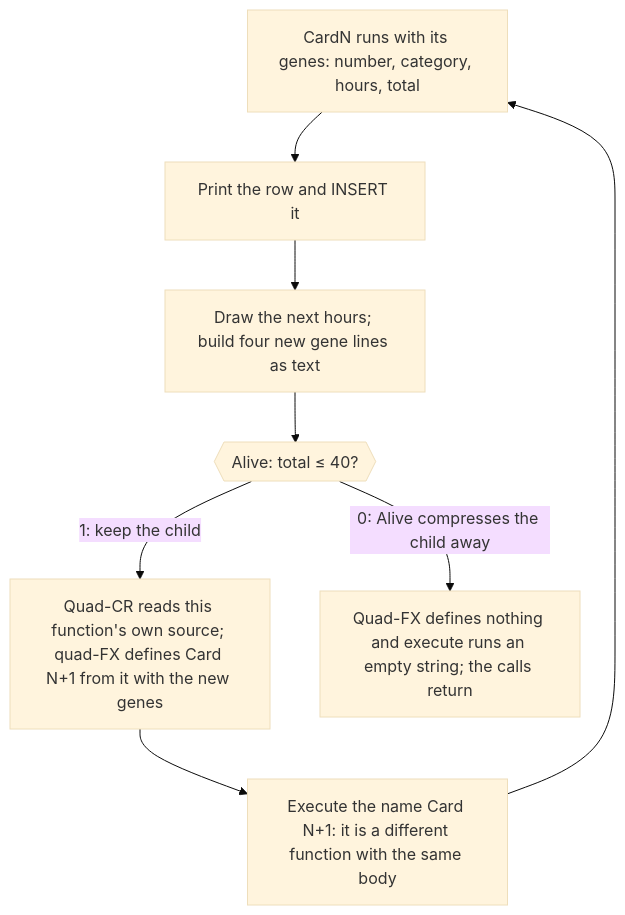
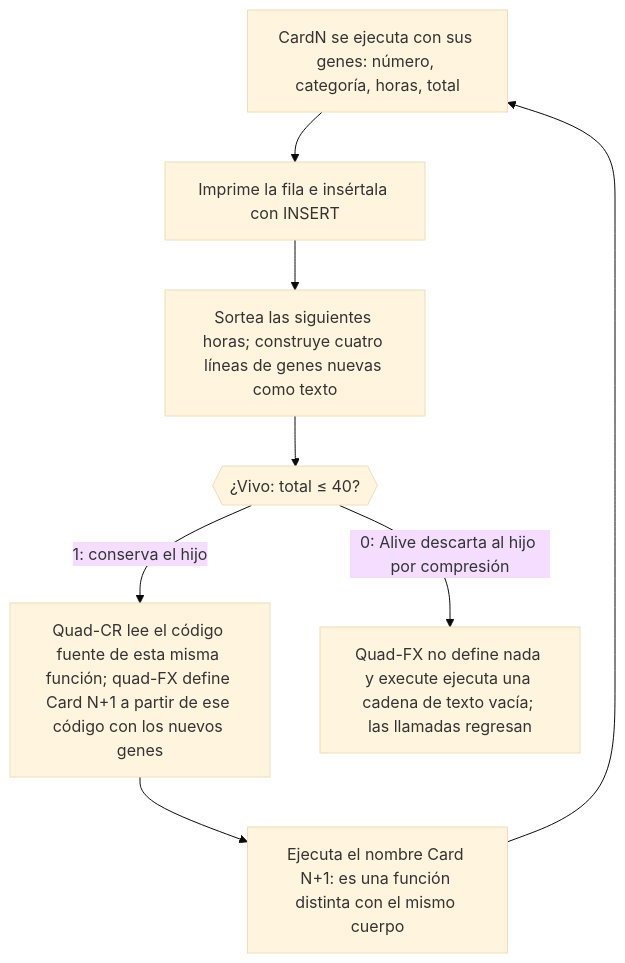
The diagram in src/apl-weird/README.md (dullroar/aprende-a-programar-como-un-bicho-raro), drawn with Mermaid (base theme) before and after one commit. The commit also changed other lines of this file and 18 other files, not shown here.

Commit message:
loop(P4-src-3): RustChallenge1, apl-weird, apl entry READMEs translated (176 segments); waivers EXC-095..102; apl guide diagrams re-synced from the apl README

````diff
--- a/src/apl-weird/README.md
+++ b/src/apl-weird/README.md
@@ -53,12 +53,12 @@
 ```mermaid
 flowchart TD
-    accTitle: apl-weird: each card function writes and calls the next one
-    accDescr: A flowchart. The function Card0 runs with its genes: the card number, category, hours and running total. It prints its row and inserts it into SQLite. It draws the next hours and builds the four gene lines for the next card as text. A boolean Alive is 1 while the total is 40 or less. The function then takes its own source with the quad-CR function, replaces the header and genes, and compresses the whole child away with Alive. The quad-FX function defines a new function, Card1, from what is left, or defines nothing. Executing the name, also compressed by Alive, then calls Card1, which does the same steps. When Alive is 0, nothing is written or called, and the chain of calls returns.
-    A["CardN runs with its genes: number, category, hours, total"] --> B["Print the row and INSERT it"]
-    B --> C["Draw the next hours; build four new gene lines as text"]
-    C --> D{{"Alive: total ≤ 40?"}}
-    D -->|"1: keep the child"| E["Quad-CR reads this function's own source; quad-FX defines Card N+1 from it with the new genes"]
-    E --> F["Execute the name Card N+1: it is a different function with the same body"]
+    accTitle: apl-weird: cada función de tarjeta escribe y llama a la siguiente
+    accDescr: Un diagrama de flujo. La función Card0 se ejecuta con sus genes: el número de tarjeta, la categoría, las horas y el total acumulado. Imprime su fila y la inserta en SQLite. Sortea las siguientes horas y construye como texto las cuatro líneas de genes de la tarjeta siguiente. Un booleano Alive vale 1 mientras el total no pase de 40. Luego la función toma su propio código fuente con la función ⎕CR, reemplaza el encabezado y los genes, y comprime con Alive todo el hijo. La función ⎕FX define una función nueva, Card1, con lo que queda, o no define nada. Ejecutar el nombre, también comprimido con Alive, llama entonces a Card1, que hace los mismos pasos. Cuando Alive vale 0, no se escribe ni se llama nada y la cadena de llamadas retorna.
+    A["CardN se ejecuta con sus genes: número, categoría, horas, total"] --> B["Imprime la fila e insértala con INSERT"]
+    B --> C["Sortea las siguientes horas; construye cuatro líneas de genes nuevas como texto"]
+    C --> D{{"¿Vivo: total ≤ 40?"}}
+    D -->|"1: conserva el hijo"| E["Quad-CR lee el código fuente de esta misma función; quad-FX define Card N+1 a partir de ese código con los nuevos genes"]
+    E --> F["Ejecuta el nombre Card N+1: es una función distinta con el mismo cuerpo"]
     F --> A
-    D -->|"0: Alive compresses the child away"| G["Quad-FX defines nothing and execute runs an empty string; the calls return"]
+    D -->|"0: Alive descarta al hijo por compresión"| G["Quad-FX no define nada y execute ejecuta una cadena de texto vacía; las llamadas regresan"]
 ```
````
